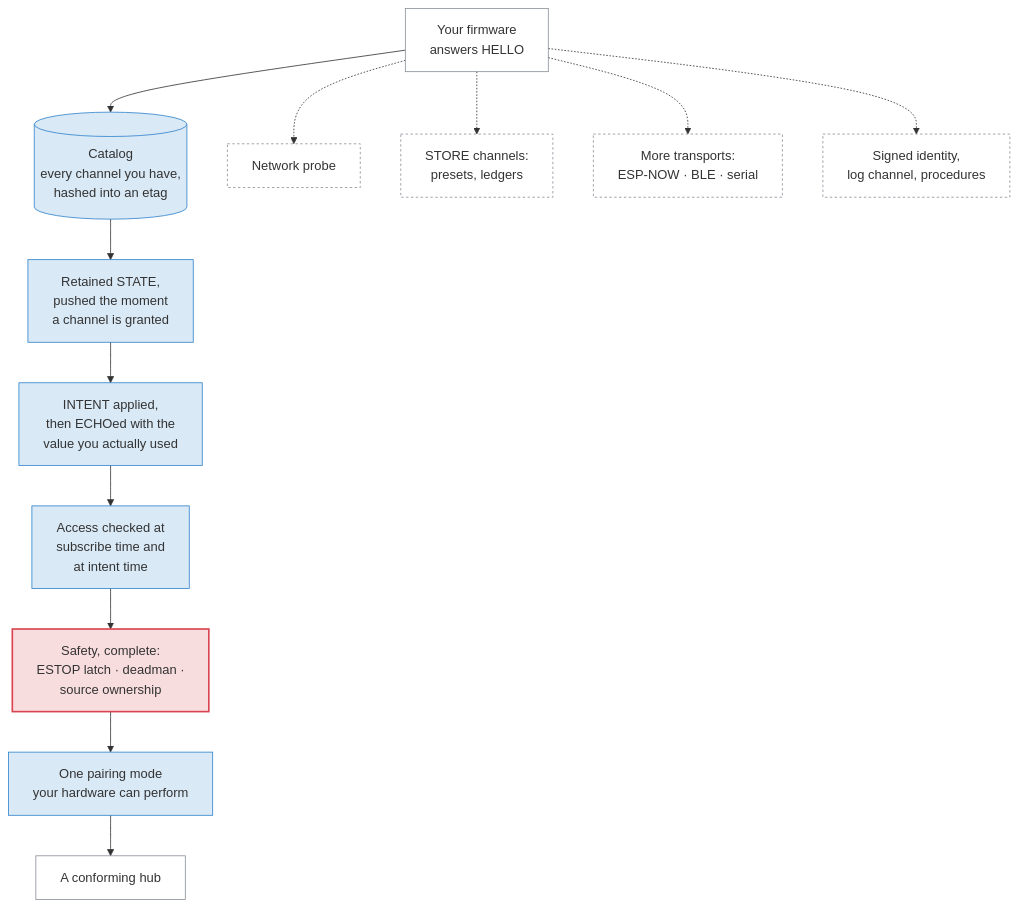
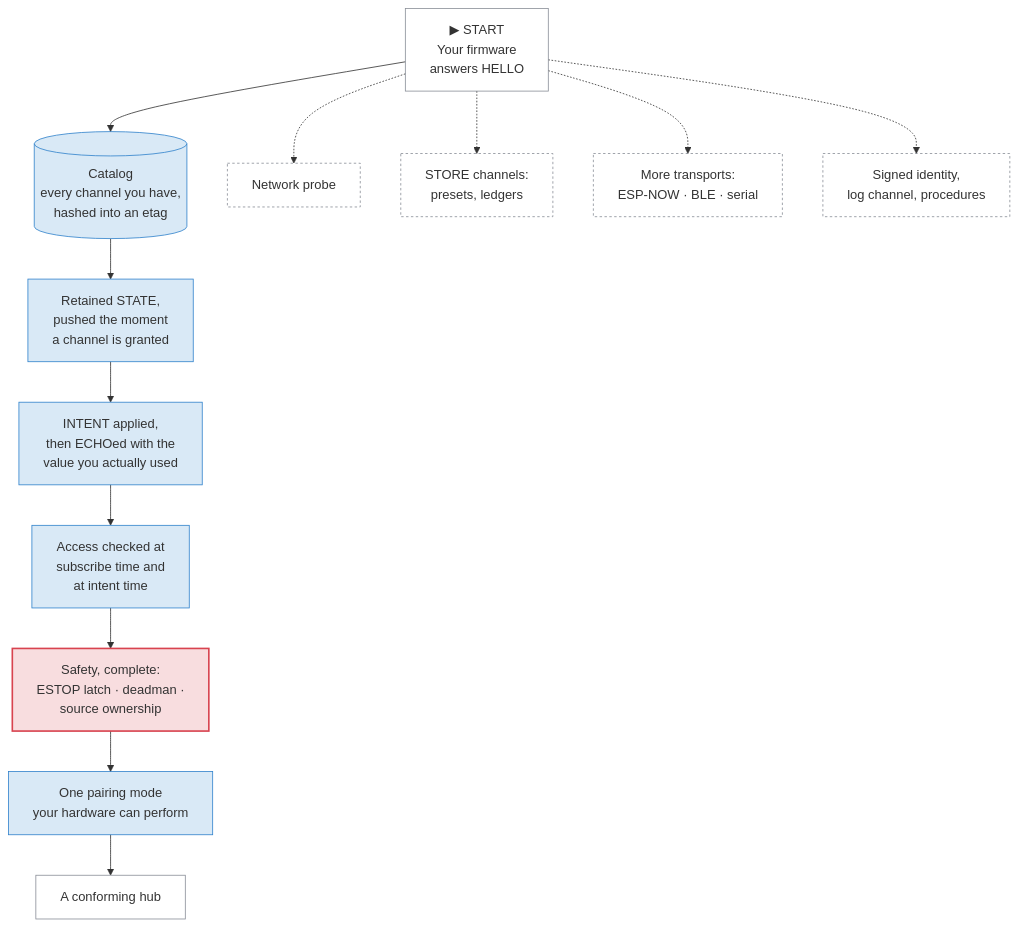
Before and after one commit to AtlanticTM/SlopDrive-32: the diagram in docs-site/docs/understand/capabilities.md, drawn with Mermaid. The commit also changed other lines of this file and 64 other files, not shown here.

````diff
--- a/docs-site/docs/understand/capabilities.md
+++ b/docs-site/docs/understand/capabilities.md
@@ -39,21 +43,21 @@
 ```mermaid
 flowchart TD
-    H["Your firmware<br/>answers HELLO"]:::party
+    H["▶ START<br/>Your firmware<br/>answers HELLO"]:::party
     H --> C[("Catalog<br/>every channel you have,<br/>hashed into an etag")]:::truth
     C --> S["Retained STATE,<br/>pushed the moment<br/>a channel is granted"]:::truth
     S --> I["INTENT applied,<br/>then ECHOed with the<br/>value you actually used"]:::truth
     I --> A["Access checked at<br/>subscribe time and<br/>at intent time"]:::truth
     A --> SAFE["Safety, complete:<br/>ESTOP latch · deadman ·<br/>source ownership"]:::safety
     SAFE --> P["One pairing mode<br/>your hardware can perform"]:::truth
     P --> OK["A conforming hub"]:::party
 
     H -.-> X1["Network probe"]:::plumb
     H -.-> X2["STORE channels:<br/>presets, ledgers"]:::plumb
     H -.-> X3["More transports:<br/>ESP-NOW · BLE · serial"]:::plumb
     H -.-> X4["Signed identity,<br/>log channel, procedures"]:::plumb
 
     classDef truth fill:#3183cc2e,stroke:#3183cc
     classDef safety fill:#d8434f2e,stroke:#d8434f,stroke-width:2px
     classDef party fill:none,stroke:#8a8f98
     classDef plumb fill:none,stroke:#8a8f98,stroke-dasharray:3 3
 ```
````
